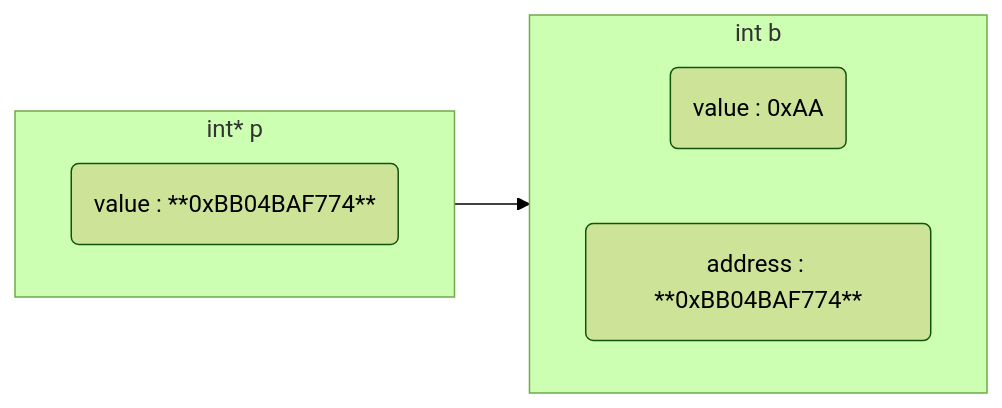
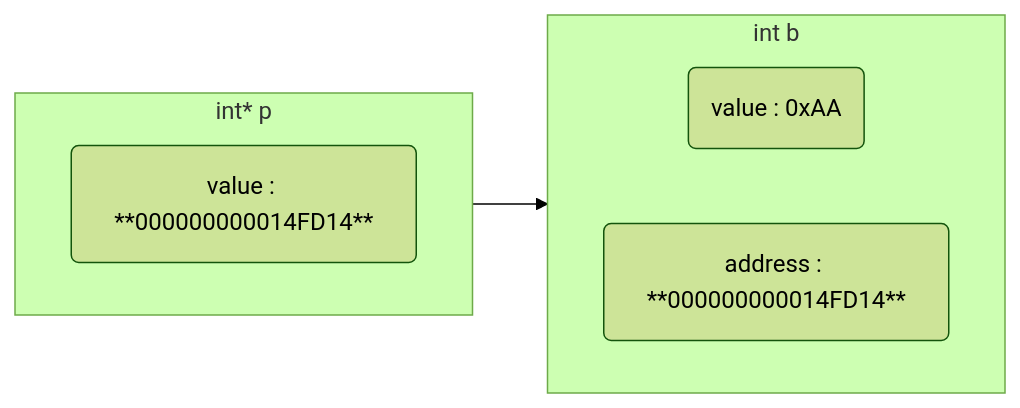
The third of 9 diagrams in _posts/Language/C&C++/指针/2022-01-08-指针.md (dmjcb/dmjcb.github.io), drawn with Mermaid (forest theme) before and after one commit. The commit also changed other lines of this file and 82 other files, not shown here.

````diff
--- a/_posts/Language/C&C++/指针/2022-01-08-指针.md
+++ b/_posts/Language/C&C++/指针/2022-01-08-指针.md
@@ -91,15 +94,15 @@
 ```mermaid
 graph LR;
     subgraph S3[int b]
         direction LR
         V3(value : 0xAA)
-        A3(address : **0xBB04BAF774**)
+        A3(address : **000000000014FD14**)
     end
 
     subgraph S2[int* p]
         direction LR
-        V1(value : **0xBB04BAF774**)
+        V1(value : **000000000014FD14**)
     end
 
     V1-->A3
 ```
````
